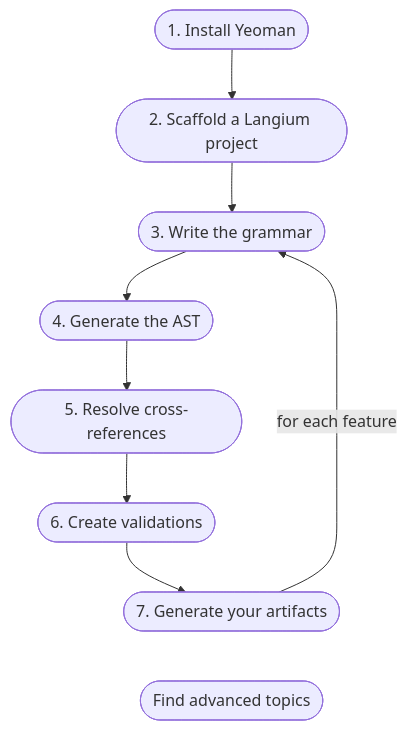
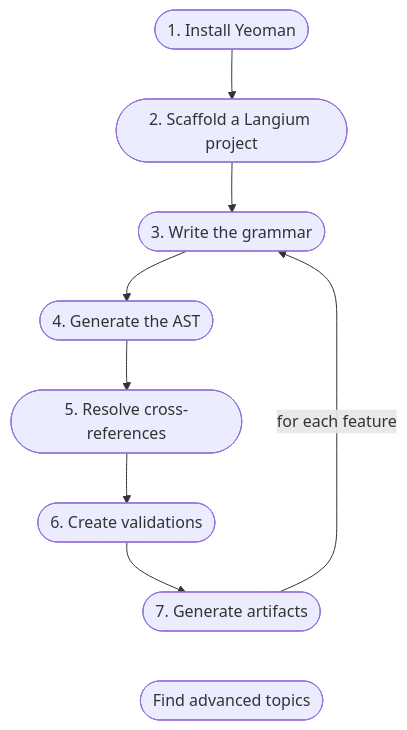
The diagram in hugo/content/docs/learn/workflow/_index.md (eclipse-langium/langium-website), drawn with Mermaid before and after one commit. The commit also changed other lines of this file and 3 other files, not shown here.

```diff
--- a/hugo/content/docs/learn/workflow/_index.md
+++ b/hugo/content/docs/learn/workflow/_index.md
@@ -10,22 +10,22 @@
 {{<mermaid>}}
 flowchart TD
   A(["1. Install Yeoman"]);
   B(["2. Scaffold a Langium project"]);
   C(["3. Write the grammar"]);
   D(["4. Generate the AST"]);
   E(["5. Resolve cross-references"]);
   F(["6. Create validations"]);
-  G(["7. Generate your artifacts"]);
+  G(["7. Generate artifacts"]);
   H(["Find advanced topics"]);
   A --> B --> C --> D --> E --> F --> G ~~~ H;
   G -- for each feature --> C;
 
   click A "/docs/learn/workflow/install"
   click B "/docs/learn/workflow/scaffold"
   click C "/docs/learn/workflow/write_grammar"
   click D "/docs/learn/workflow/generate_ast"
   click E "/docs/learn/workflow/resolve_cross_references"
   click F "/docs/learn/workflow/create_validations"
   click G "/docs/learn/workflow/generate_everything"
   click H "/docs/recipes"
 {{</mermaid>}}
```
